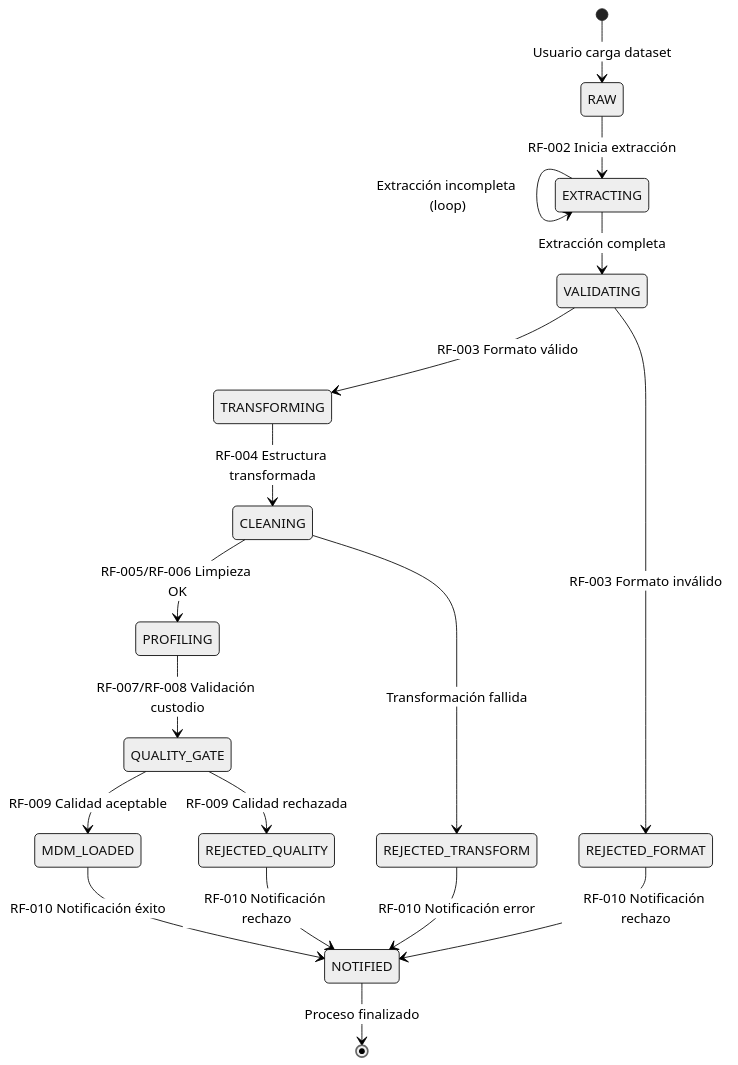
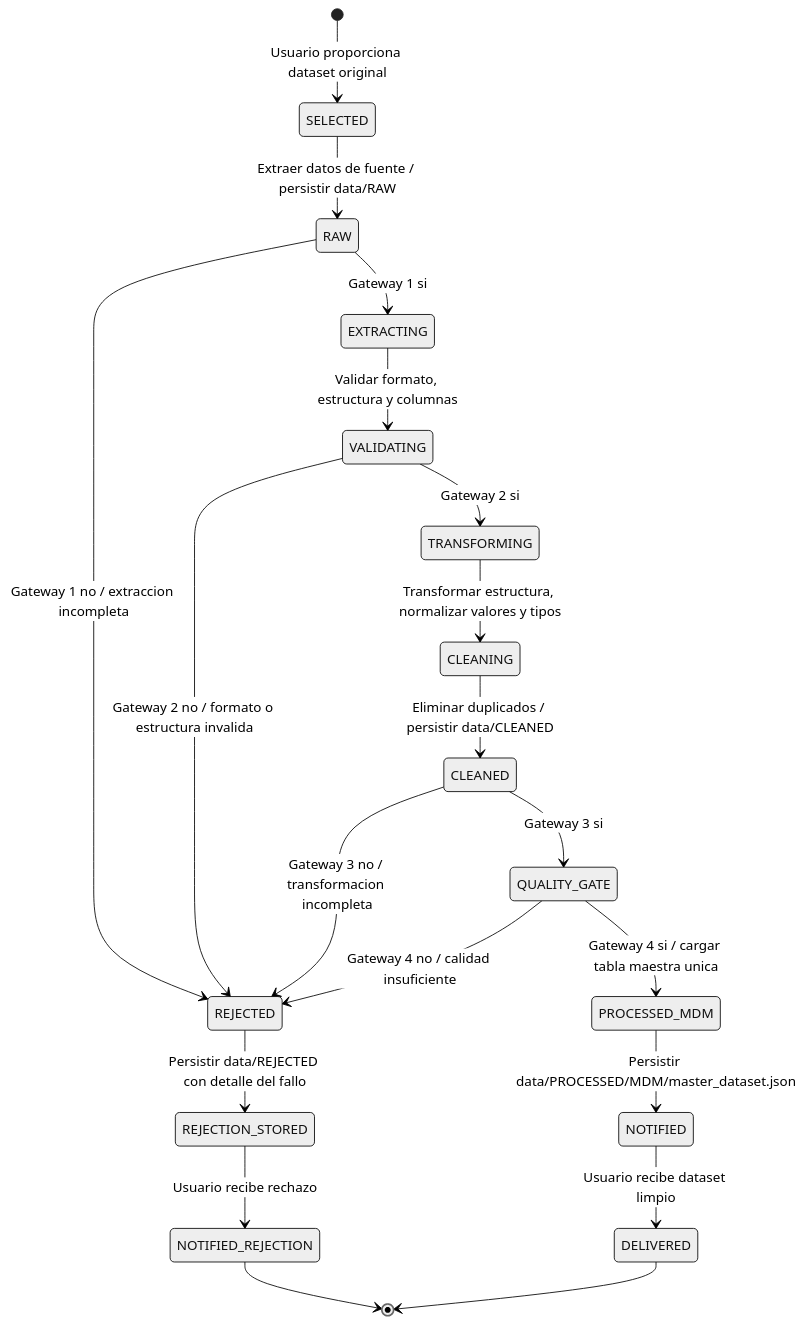
Before and after one commit to adansanchezc1-spec/ProyectoDataWrangling: the diagram in docs/state_diagram.md, drawn with Mermaid (neutral theme). The commit also changed other lines of this file and 18 other files, not shown here.

````diff
--- a/docs/state_diagram.md
+++ b/docs/state_diagram.md
@@ -4,26 +3,28 @@
 ```mermaid
 stateDiagram-v2
-    [*] --> RAW: Usuario carga dataset
-    
-    RAW --> EXTRACTING: RF-002 Inicia extracción
-    EXTRACTING --> EXTRACTING: Extracción incompleta (loop)
-    EXTRACTING --> VALIDATING: Extracción completa
-    
-    VALIDATING --> TRANSFORMING: RF-003 Formato válido
-    VALIDATING --> REJECTED_FORMAT: RF-003 Formato inválido
-    
-    TRANSFORMING --> CLEANING: RF-004 Estructura transformada
-    CLEANING --> PROFILING: RF-005/RF-006 Limpieza OK
-    CLEANING --> REJECTED_TRANSFORM: Transformación fallida
-    
-    PROFILING --> QUALITY_GATE: RF-007/RF-008 Validación custodio
-    QUALITY_GATE --> MDM_LOADED: RF-009 Calidad aceptable
-    QUALITY_GATE --> REJECTED_QUALITY: RF-009 Calidad rechazada
-    
-    MDM_LOADED --> NOTIFIED: RF-010 Notificación éxito
-    REJECTED_FORMAT --> NOTIFIED: RF-010 Notificación rechazo
-    REJECTED_TRANSFORM --> NOTIFIED: RF-010 Notificación error
-    REJECTED_QUALITY --> NOTIFIED: RF-010 Notificación rechazo
-    
-    NOTIFIED --> [*]: Proceso finalizado
+    [*] --> SELECTED: Usuario proporciona dataset original
+    SELECTED --> RAW: Extraer datos de fuente / persistir data/RAW
+
+    RAW --> REJECTED: Gateway 1 no / extraccion incompleta
+    RAW --> EXTRACTING: Gateway 1 si
+
+    EXTRACTING --> VALIDATING: Validar formato, estructura y columnas
+    VALIDATING --> REJECTED: Gateway 2 no / formato o estructura invalida
+    VALIDATING --> TRANSFORMING: Gateway 2 si
+
+    TRANSFORMING --> CLEANING: Transformar estructura, normalizar valores y tipos
+    CLEANING --> CLEANED: Eliminar duplicados / persistir data/CLEANED
+    CLEANED --> REJECTED: Gateway 3 no / transformacion incompleta
+    CLEANED --> QUALITY_GATE: Gateway 3 si
+
+    QUALITY_GATE --> REJECTED: Gateway 4 no / calidad insuficiente
+    QUALITY_GATE --> PROCESSED_MDM: Gateway 4 si / cargar tabla maestra unica
+
+    PROCESSED_MDM --> NOTIFIED: Persistir data/PROCESSED/MDM/master_dataset.json
+    NOTIFIED --> DELIVERED: Usuario recibe dataset limpio
+    DELIVERED --> [*]
+
+    REJECTED --> REJECTION_STORED: Persistir data/REJECTED con detalle del fallo
+    REJECTION_STORED --> NOTIFIED_REJECTION: Usuario recibe rechazo
+    NOTIFIED_REJECTION --> [*]
 ```
````
